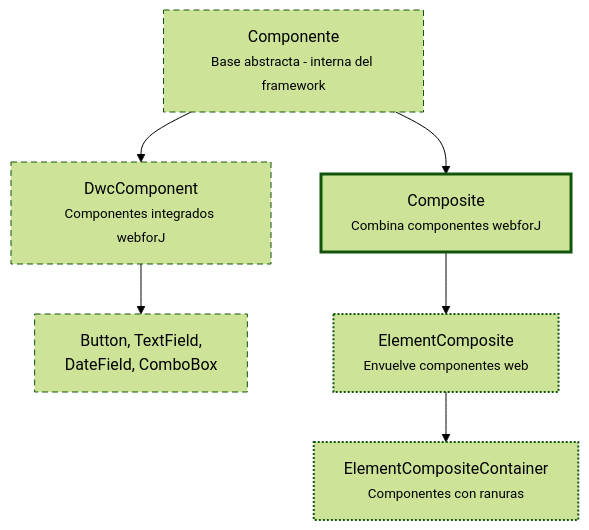
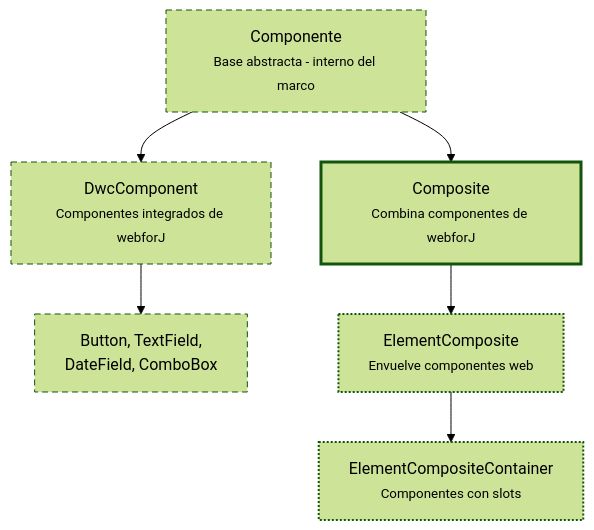
Before and after one commit to webforj/webforj-documentation: the diagram in docs/i18n/es/docusaurus-plugin-content-docs/current/building-ui/component-fundamentals.md, drawn with Mermaid (forest theme). The commit also changed other lines of this file and 1016 other files, not shown here.

````diff
--- a/docs/i18n/es/docusaurus-plugin-content-docs/current/building-ui/component-fundamentals.md
+++ b/docs/i18n/es/docusaurus-plugin-content-docs/current/building-ui/component-fundamentals.md
@@ -52,19 +55,19 @@
 ```mermaid
 graph TD
-  A[Componente<br/><small>Base abstracta - interna del framework</small>]
-  
-  A --> B[DwcComponent<br/><small>Componentes integrados webforJ</small>]
-  A --> C[Composite<br/><small>Combina componentes webforJ</small>]
-  
+  A[Componente<br/><small>Base abstracta - interno del marco</small>]
+
+  A --> B[DwcComponent<br/><small>Componentes integrados de webforJ</small>]
+  A --> C[Composite<br/><small>Combina componentes de webforJ</small>]
+
   B --> E[Button, TextField,<br/>DateField, ComboBox]
-  
+
   C --> D[ElementComposite<br/><small>Envuelve componentes web</small>]
-  D --> F[ElementCompositeContainer<br/><small>Componentes con ranuras</small>]
+  D --> F[ElementCompositeContainer<br/><small>Componentes con slots</small>]
 
   classDef internal stroke-dasharray:6 4,stroke-width:1px
   classDef primary stroke-width:3px
   classDef secondary stroke-width:2px,stroke-dasharray:2 2
   class A,B,E internal
   class C primary
   class D,F secondary
 ```
````
